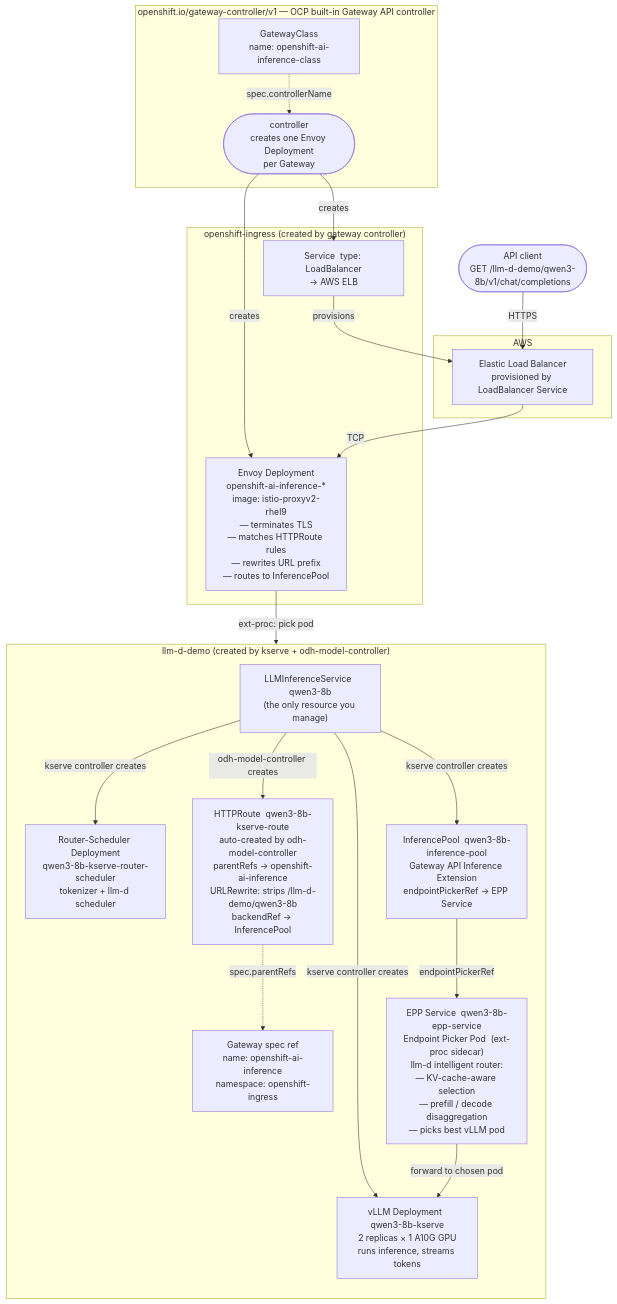
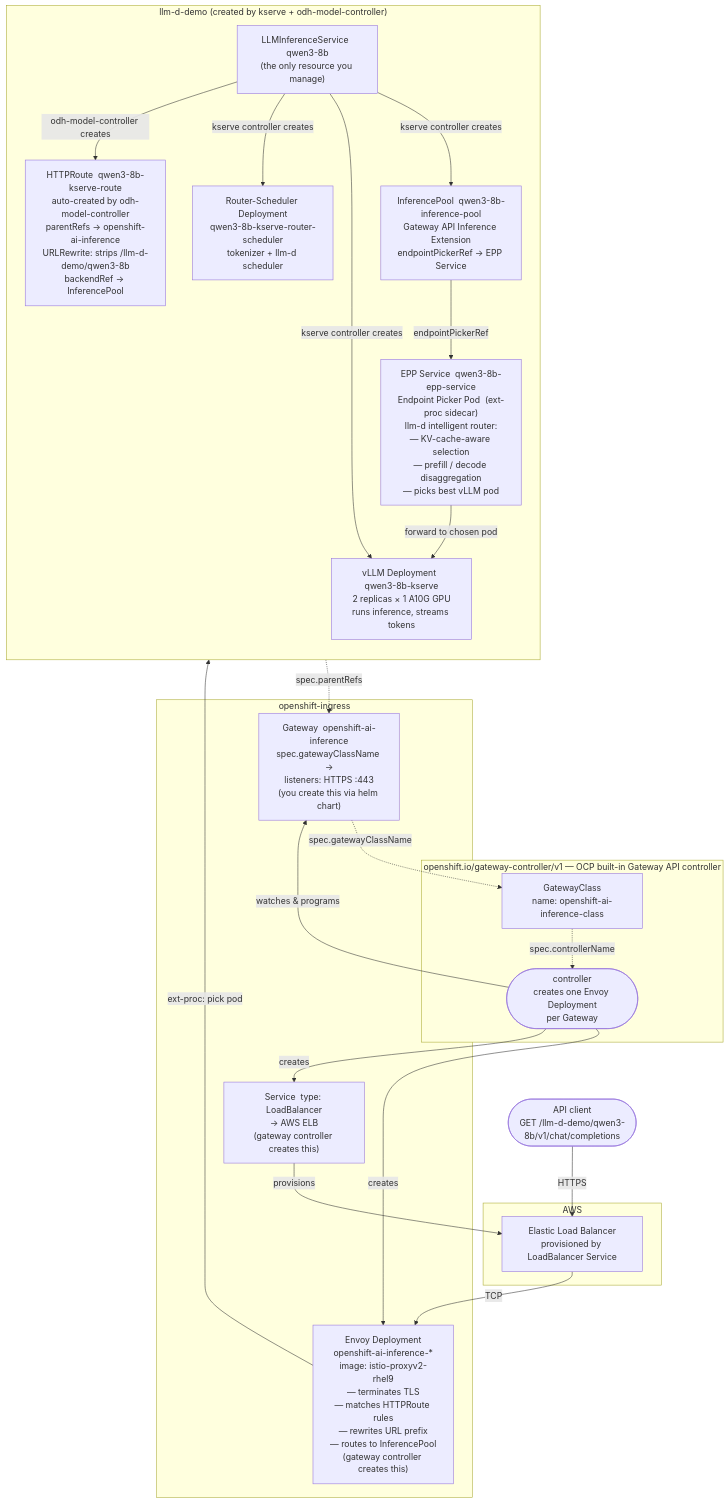
The first of 2 diagrams in README.md (alpha-hack-program/llm-d-guide), drawn with Mermaid before and after one commit.

Commit message:
docs: fix Gateway placement and gatewayClassName link in llm-d diagram
- Move Gateway CR node into openshift-ingress subgraph (was wrongly in llm-d-demo)
- Add missing GW -.-> GC (spec.gatewayClassName) reference arrow
- Add CTRL --> GW (watches and programs) to show controller reaction to the Gateway CR
- Annotate which objects are user-created vs controller-created

````diff
--- a/README.md
+++ b/README.md
@@ -731,49 +731,51 @@
 ```mermaid
 flowchart TD
     CLIENT(["API client\nGET /llm-d-demo/qwen3-8b/v1/chat/completions"])
 
     subgraph AWS["AWS"]
         ELB["Elastic Load Balancer\nprovisioned by LoadBalancer Service"]
     end
 
     subgraph CTRL_PLANE["openshift.io/gateway-controller/v1  —  OCP built-in Gateway API controller"]
         GC["GatewayClass\nname: openshift-ai-inference-class"]
         CTRL(["controller\ncreates one Envoy Deployment\nper Gateway"])
     end
 
-    subgraph OI["openshift-ingress  (created by gateway controller)"]
-        ENVOY["Envoy Deployment\nopenshift-ai-inference-*\nimage: istio-proxyv2-rhel9\n— terminates TLS\n— matches HTTPRoute rules\n— rewrites URL prefix\n— routes to InferencePool"]
-        LB_SVC["Service  type: LoadBalancer\n→ AWS ELB"]
+    subgraph OI["openshift-ingress"]
+        GW["Gateway  openshift-ai-inference\nspec.gatewayClassName →\nlisteners: HTTPS :443\n(you create this via helm chart)"]
+        ENVOY["Envoy Deployment\nopenshift-ai-inference-*\nimage: istio-proxyv2-rhel9\n— terminates TLS\n— matches HTTPRoute rules\n— rewrites URL prefix\n— routes to InferencePool\n(gateway controller creates this)"]
+        LB_SVC["Service  type: LoadBalancer\n→ AWS ELB\n(gateway controller creates this)"]
     end
 
     subgraph LLMD["llm-d-demo  (created by kserve + odh-model-controller)"]
         direction TB
-        GW["Gateway spec ref\nname: openshift-ai-inference\nnamespace: openshift-ingress"]
         HR["HTTPRoute  qwen3-8b-kserve-route\nauto-created by odh-model-controller\nparentRefs → openshift-ai-inference\nURLRewrite: strips /llm-d-demo/qwen3-8b\nbackendRef → InferencePool"]
         IP["InferencePool  qwen3-8b-inference-pool\nGateway API Inference Extension\nendpointPickerRef → EPP Service"]
         EPP["EPP Service  qwen3-8b-epp-service\nEndpoint Picker Pod  (ext-proc sidecar)\nllm-d intelligent router:\n— KV-cache-aware selection\n— prefill / decode disaggregation\n— picks best vLLM pod"]
         VLLM["vLLM Deployment  qwen3-8b-kserve\n2 replicas × 1 A10G GPU\nruns inference, streams tokens"]
         SCHED["Router-Scheduler Deployment\nqwen3-8b-kserve-router-scheduler\ntokenizer + llm-d scheduler"]
         LIS["LLMInferenceService  qwen3-8b\n(the only resource you manage)"]
     end
 
     %% ── What you apply ──────────────────────────────────────
     LIS -->|"kserve controller creates"| VLLM
     LIS -->|"kserve controller creates"| SCHED
     LIS -->|"kserve controller creates"| IP
     LIS -->|"odh-model-controller creates"| HR
 
     %% ── Gateway API control plane ────────────────────────────
+    GW -.->|"spec.gatewayClassName"| GC
     GC -.->|"spec.controllerName"| CTRL
+    CTRL -->|"watches & programs"| GW
     CTRL -->|"creates"| ENVOY
     CTRL -->|"creates"| LB_SVC
     LB_SVC -->|"provisions"| ELB
     HR -.->|"spec.parentRefs"| GW
     IP -->|"endpointPickerRef"| EPP
 
     %% ── Live request path ────────────────────────────────────
     CLIENT -->|"HTTPS"| ELB
     ELB -->|"TCP"| ENVOY
     ENVOY -->|"ext-proc: pick pod"| EPP
     EPP -->|"forward to chosen pod"| VLLM
 ```
````
